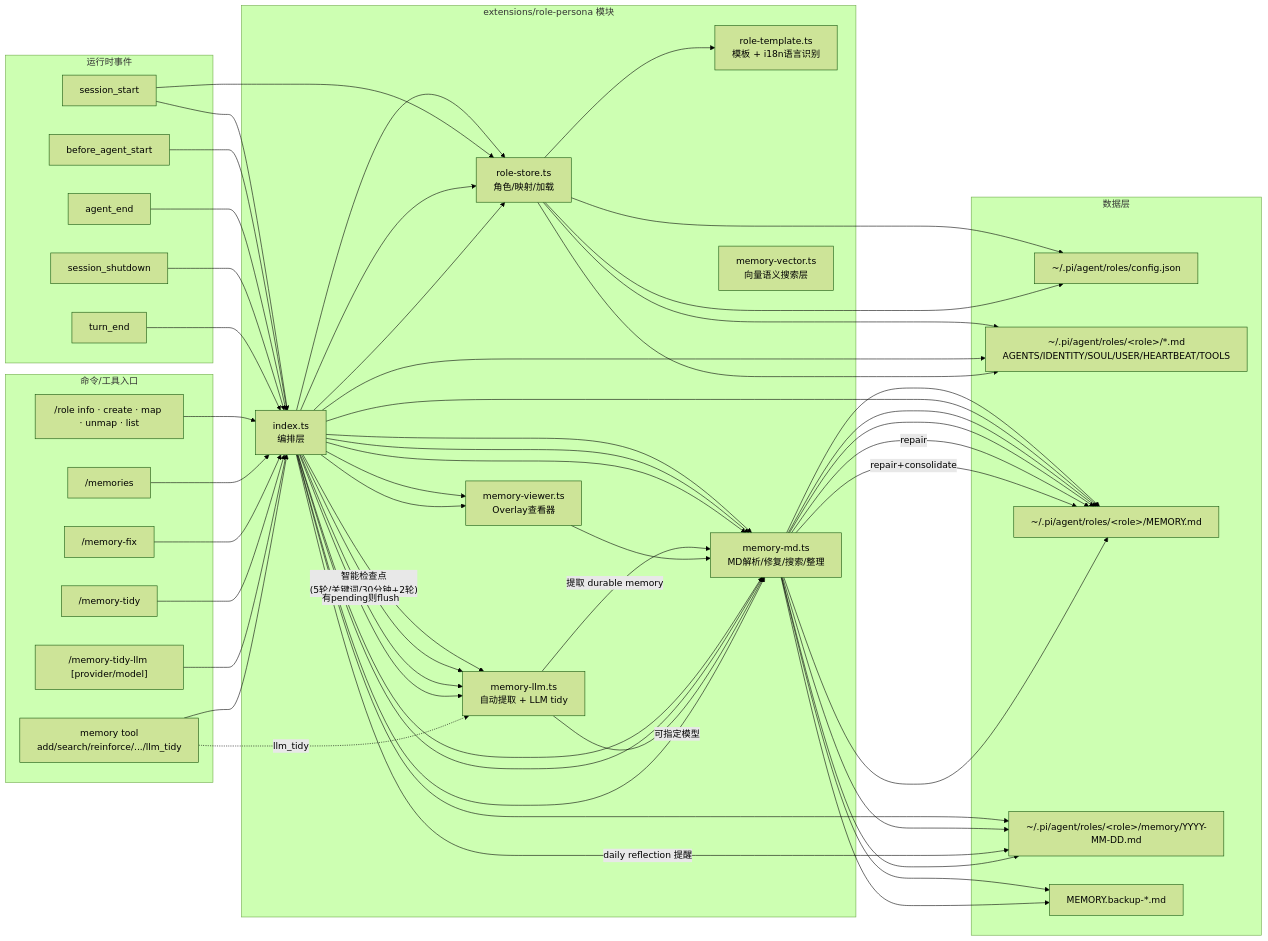
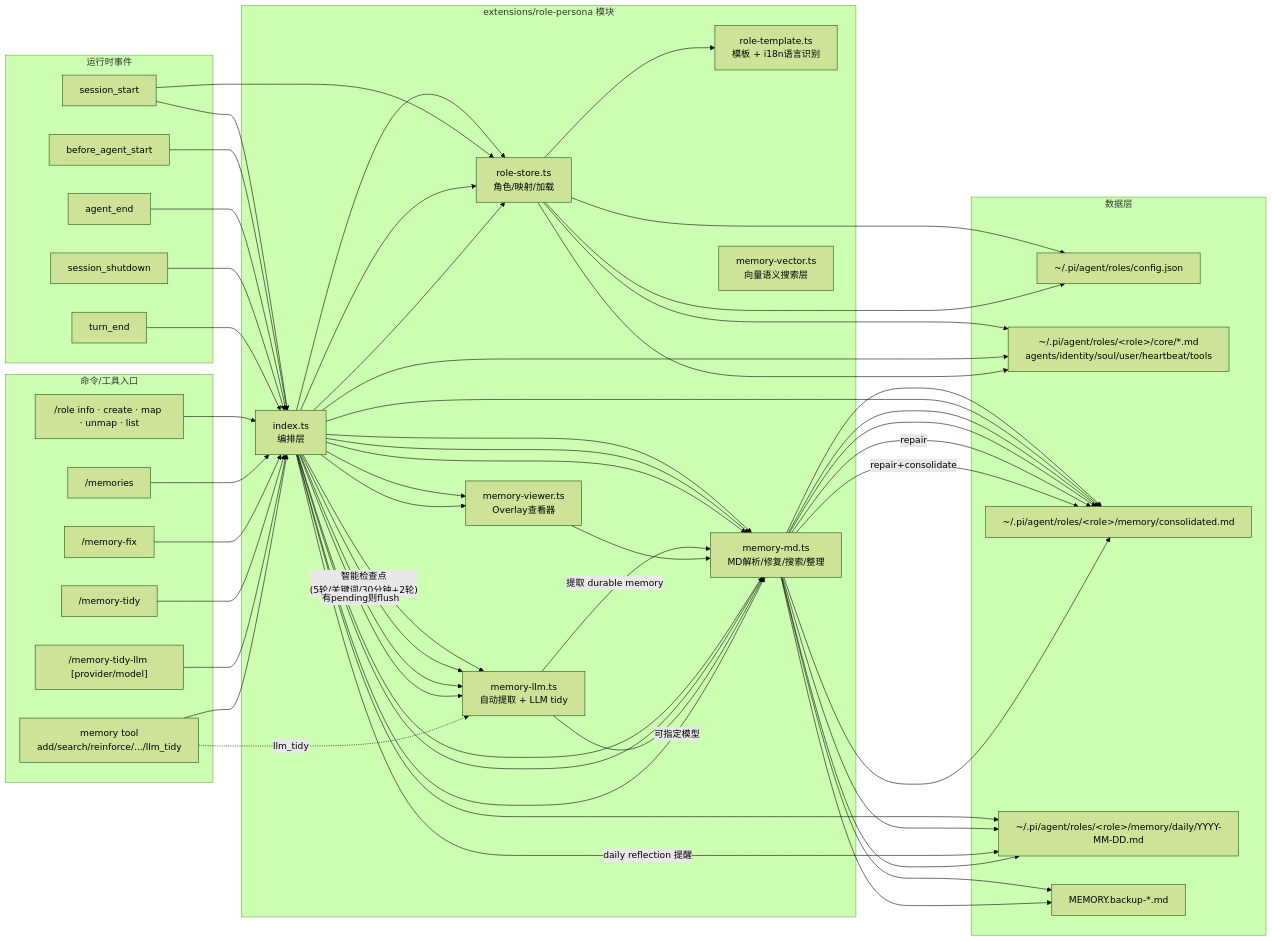
The diagram in extensions/role-persona/ARCHITECTURE.md (Dwsy/agent), drawn with Mermaid (forest theme) before and after one commit. The commit also changed other lines of this file and 12 other files, not shown here.

First line of the commit message:
feat(role-persona): refactor role system architecture with new directory structure

```diff
--- a/extensions/role-persona/ARCHITECTURE.md
+++ b/extensions/role-persona/ARCHITECTURE.md
@@ -35,9 +35,9 @@
 
   subgraph D["数据层"]
     F1["~/.pi/agent/roles/config.json"]
-    F2["~/.pi/agent/roles/&lt;role&gt;/*.md<br/>AGENTS/IDENTITY/SOUL/USER/HEARTBEAT/TOOLS"]
-    F3["~/.pi/agent/roles/&lt;role&gt;/MEMORY.md"]
-    F4["~/.pi/agent/roles/&lt;role&gt;/memory/YYYY-MM-DD.md"]
+    F2["~/.pi/agent/roles/&lt;role&gt;/core/*.md<br/>agents/identity/soul/user/heartbeat/tools"]
+    F3["~/.pi/agent/roles/&lt;role&gt;/memory/consolidated.md"]
+    F4["~/.pi/agent/roles/&lt;role&gt;/memory/daily/YYYY-MM-DD.md"]
     F5["MEMORY.backup-*.md"]
   end
 
```
